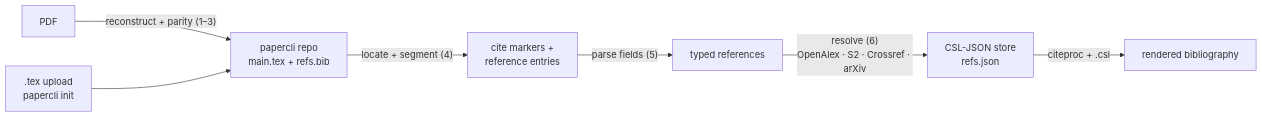
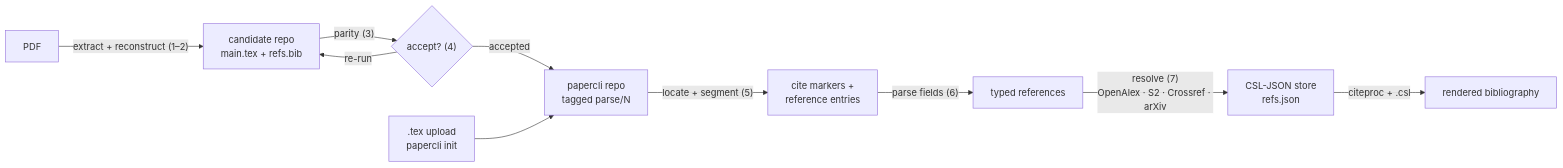
Before and after one commit to endremborza/pia: the diagram in docs/citation-parsing.md, drawn with Mermaid. The commit also changed other lines of this file, not shown here.

Commit message:
cite parse doc iter

````diff
--- a/docs/citation-parsing.md
+++ b/docs/citation-parsing.md
@@ -9,9 +27,12 @@
 ```mermaid
 flowchart LR
-    P[PDF] -->|"reconstruct + parity (1–3)"| L["papercli repo<br>main.tex + refs.bib"]
+    P[PDF] -->|"extract + reconstruct (1–2)"| G["candidate repo<br>main.tex + refs.bib"]
+    G -->|"parity (3)"| V{"accept? (4)"}
+    V -->|"re-run"| G
+    V -->|accepted| L["papercli repo<br>tagged parse/N"]
     T[".tex upload<br>papercli init"] --> L
-    L -->|"locate + segment (4)"| M["cite markers +<br>reference entries"]
-    M -->|"parse fields (5)"| R[typed references]
-    R -->|"resolve (6)<br>OpenAlex · S2 · Crossref · arXiv"| C["CSL-JSON store<br>refs.json"]
+    L -->|"locate + segment (5)"| M["cite markers +<br>reference entries"]
+    M -->|"parse fields (6)"| R[typed references]
+    R -->|"resolve (7)<br>OpenAlex · S2 · Crossref · arXiv"| C["CSL-JSON store<br>refs.json"]
     C -->|citeproc + .csl| B[rendered bibliography]
 ```
````
